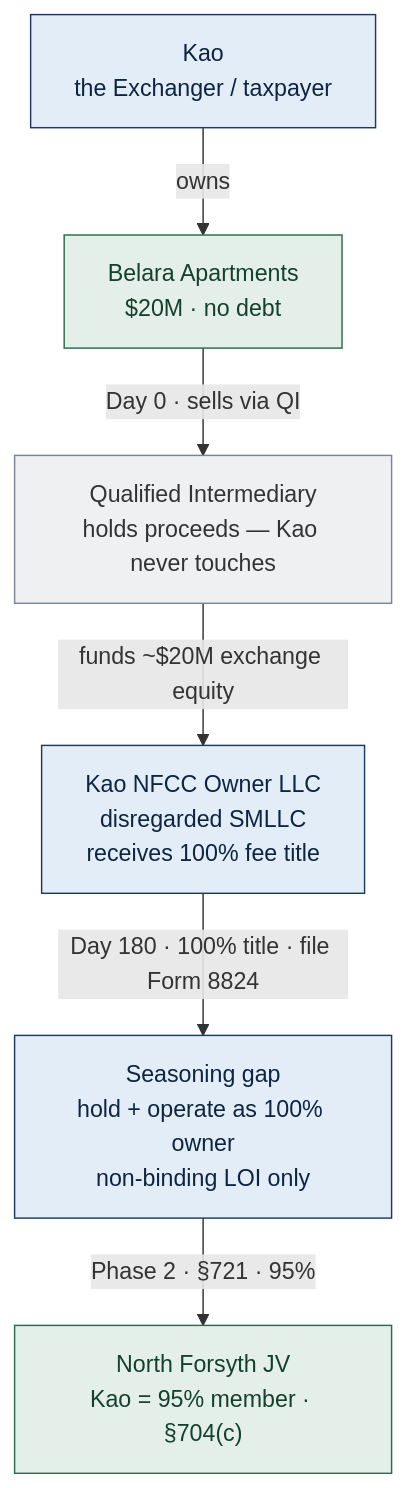
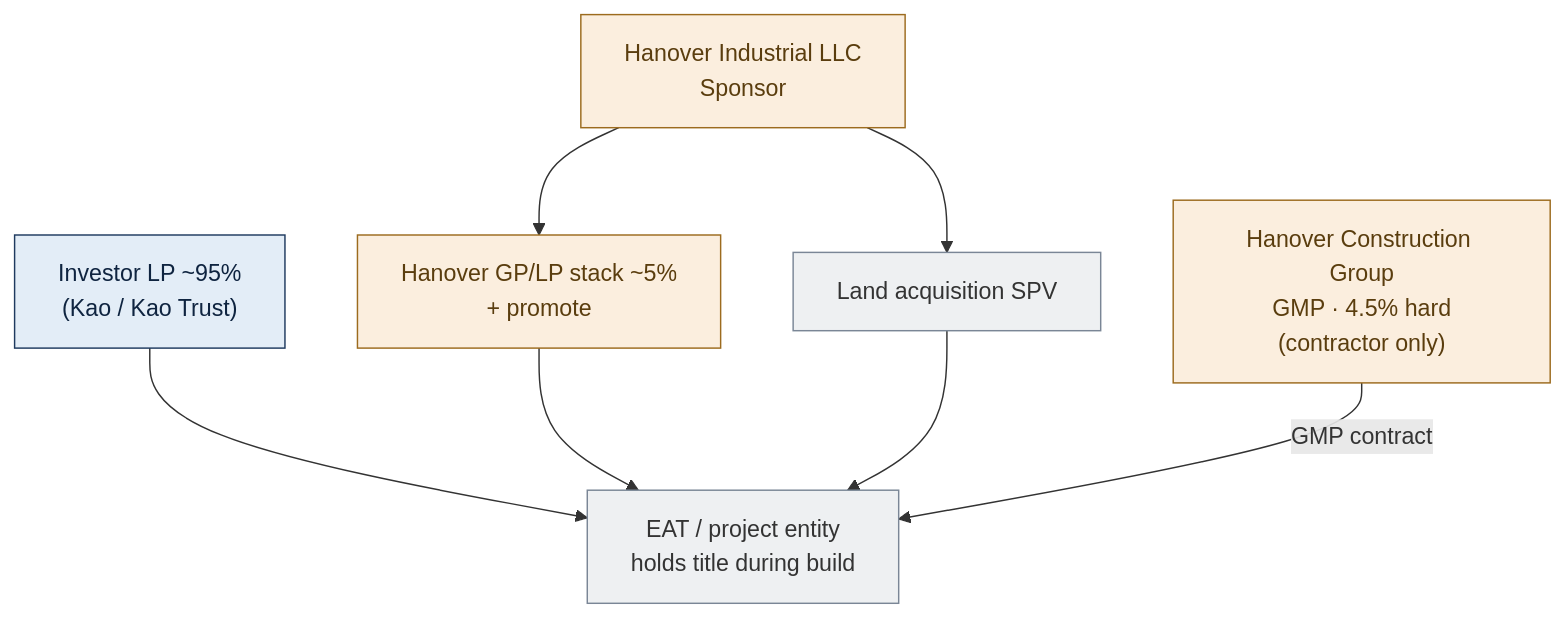
One commit to EthanCow/North-Forsyth-1031-Diagrams changed the third of 6 diagrams in North_Forsyth_1031_Diagrams.md. Above: the diagram before and after it, drawn with Mermaid. The commit also changed other lines of this file and 28 other files, not shown here.

````diff
--- a/North_Forsyth_1031_Diagrams.md
+++ b/North_Forsyth_1031_Diagrams.md
@@ -164,17 +98,18 @@
 ```mermaid
 flowchart TB
-  Kao["Kao<br/>the Exchanger / taxpayer"]:::kao
-  Belara["Belara Apartments<br/>$20M · no debt"]:::asset
-  QI["Qualified Intermediary<br/>holds proceeds — Kao never touches"]:::neutral
-  Own["Kao NFCC Owner LLC<br/>disregarded SMLLC<br/>receives 100% fee title"]:::kao
-  Season["Seasoning gap<br/>hold + operate as 100% owner<br/>non-binding LOI only"]:::kao
-  JV["North Forsyth JV<br/>Kao = 95% member · §704(c)"]:::asset
-  Kao -->|"owns"| Belara
-  Belara -->|"Day 0 · sells via QI"| QI
-  QI -->|"funds ~$20M exchange equity"| Own
-  Own -->|"Day 180 · 100% title · file Form 8824"| Season
-  Season -->|"Phase 2 · §721 · 95%"| JV
+  HIND["Hanover Industrial LLC\nSponsor"]:::han
+  LAND["Land acquisition SPV"]:::neutral
+  INV["Investor LP ~95%\n(Kao / Kao Trust)"]:::kao
+  HAN5["Hanover GP/LP stack ~5%\n+ promote"]:::han
+  GC["Hanover Construction Group\nGMP · 4.5% hard\n(contractor only)"]:::han
+  EATN["EAT / project entity\nholds title during build"]:::neutral
+  HIND --> LAND
+  HIND --> HAN5
+  INV --> EATN
+  HAN5 --> EATN
+  LAND --> EATN
+  GC -->|"GMP contract"| EATN
   classDef kao fill:#e3edf7,stroke:#1f3a5f,color:#0f2440;
+  classDef han fill:#fbeede,stroke:#9c6b1e,color:#5a3d0e;
   classDef neutral fill:#eef0f2,stroke:#7a8696,color:#333;
-  classDef asset fill:#e5efe9,stroke:#2d6a4f,color:#14402e;
 ```
````
